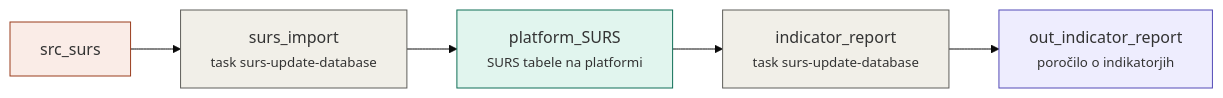
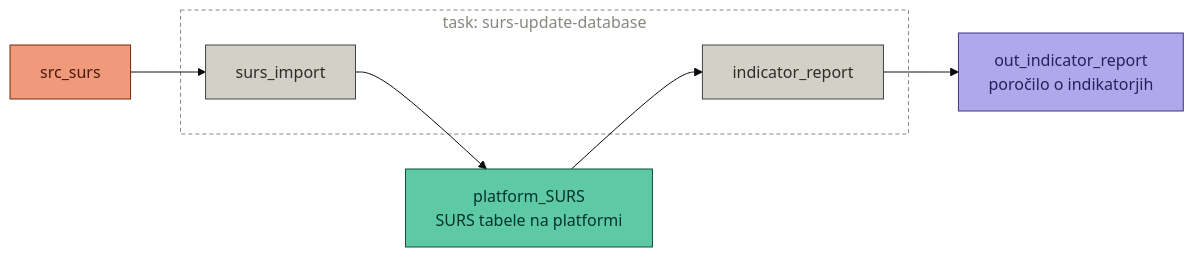
Before and after one commit to majazaloznik/umar-automation-scripts: the diagram in docs/pipelines/output-out_indicator_report.md, drawn with Mermaid (base theme). The commit also changed 31 other files, not shown here.

Commit message:
Update mermaid plots in pipelines

````diff
--- a/docs/pipelines/output-out_indicator_report.md
+++ b/docs/pipelines/output-out_indicator_report.md
@@ -9,16 +9,19 @@
 ```mermaid
 flowchart LR
-  src_surs["src_surs<br/><small></small>"]:::source
-  platform_SURS["platform_SURS<br/><small>SURS tabele na platformi</small>"]:::store
-  out_indicator_report["out_indicator_report<br/><small>poročilo o indikatorjih</small>"]:::output
-  surs_import["surs_import<br/><small>task surs-update-database</small>"]:::step
-  indicator_report["indicator_report<br/><small>task surs-update-database</small>"]:::step
+  src_surs["src_surs"]:::source
+  platform_SURS["platform_SURS<br/>SURS tabele na platformi"]:::store
+  out_indicator_report["out_indicator_report<br/>poročilo o indikatorjih"]:::output
+  subgraph task_surs_update_database["task: surs-update-database"]
+    surs_import["surs_import"]:::step
+    indicator_report["indicator_report"]:::step
+  end
+  style task_surs_update_database fill:none,stroke:#888780,stroke-dasharray:4 3,color:#888780
   src_surs --> surs_import
   surs_import --> platform_SURS
   platform_SURS --> indicator_report
   indicator_report --> out_indicator_report
-  classDef source fill:#FAECE7,stroke:#993C1D
-  classDef step fill:#F1EFE8,stroke:#5F5E5A
-  classDef store fill:#E1F5EE,stroke:#0F6E56
-  classDef output fill:#EEEDFE,stroke:#534AB7
+  classDef source fill:#F0997B,stroke:#712B13,color:#4A1B0C,stroke-width:1px
+  classDef step fill:#D3D1C7,stroke:#444441,color:#2C2C2A,stroke-width:1px
+  classDef store fill:#5DCAA5,stroke:#085041,color:#04342C,stroke-width:1px
+  classDef output fill:#AFA9EC,stroke:#3C3489,color:#26215C,stroke-width:1px
 ```
````
